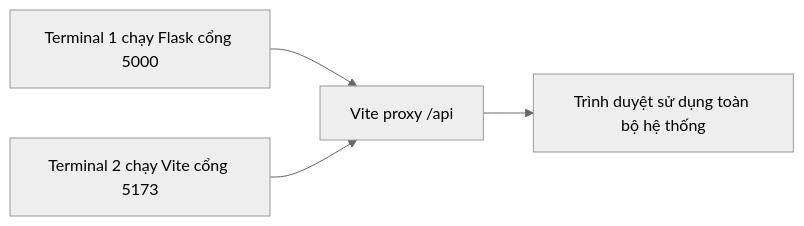
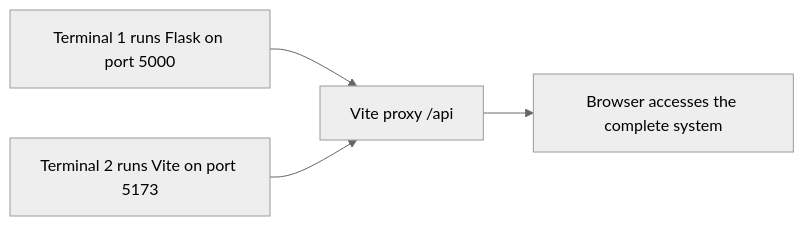
One commit to Henhhh/Web_29GG changed the second of 3 diagrams in docs/run-and-test.md. Above: the diagram before and after it, drawn with Mermaid (neutral theme). The commit also changed other lines of this file and 5 other files, not shown here.

````diff
--- a/docs/run-and-test.md
+++ b/docs/run-and-test.md
@@ -55,6 +55,6 @@
 ```mermaid
 flowchart LR
-    A[Terminal 1 chạy Flask cổng 5000] --> C[Vite proxy /api]
-    B[Terminal 2 chạy Vite cổng 5173] --> C
-    C --> D[Trình duyệt sử dụng toàn bộ hệ thống]
+    A[Terminal 1 runs Flask on port 5000] --> C[Vite proxy /api]
+    B[Terminal 2 runs Vite on port 5173] --> C
+    C --> D[Browser accesses the complete system]
 ```
````
